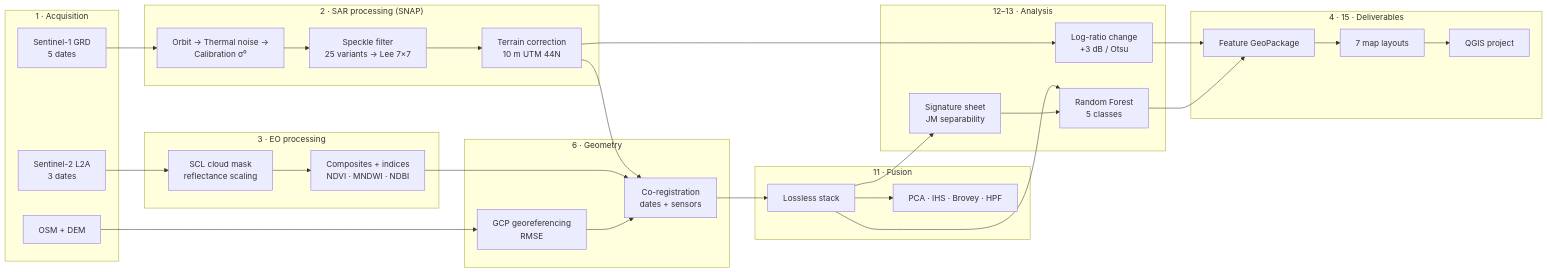
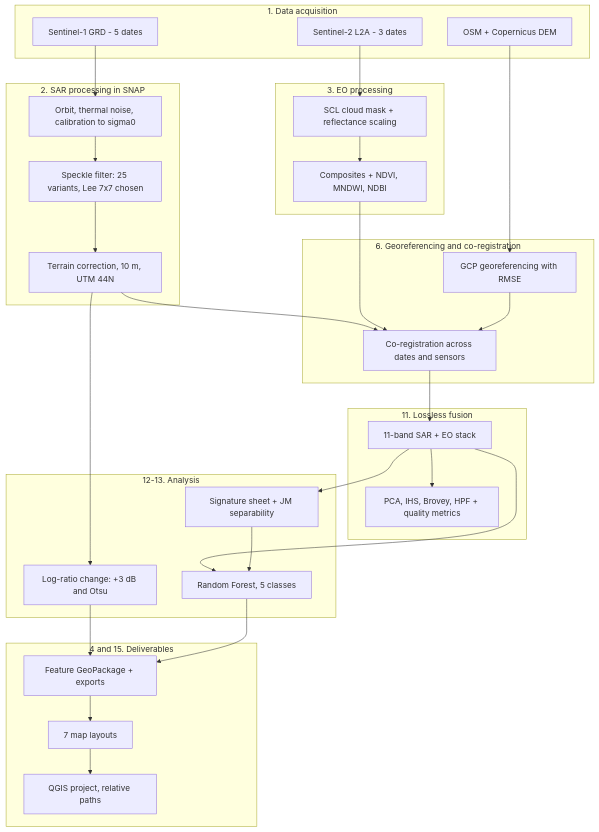
One commit to priyadarshinir2228/SAREO-Kumbh changed the diagram in README.md. Above: the diagram before and after it, drawn with Mermaid. The commit also changed other lines of this file and 1 other file, not shown here.

Commit message:
Fix README workflow diagram: static SVG plus top-down Mermaid version

````diff
--- a/README.md
+++ b/README.md
@@ -107,45 +116,50 @@
 ```mermaid
-flowchart LR
-    subgraph ACQ["1 · Acquisition"]
-        A1[Sentinel-1 GRD<br/>5 dates]
-        A2[Sentinel-2 L2A<br/>3 dates]
-        A3[OSM + DEM]
+flowchart TD
+    subgraph S1["1. Data acquisition"]
+        A1["Sentinel-1 GRD - 5 dates"]
+        A2["Sentinel-2 L2A - 3 dates"]
+        A3["OSM + Copernicus DEM"]
     end
-    subgraph SAR["2 · SAR processing (SNAP)"]
-        B1[Orbit → Thermal noise →<br/>Calibration σ⁰]
-        B2[Speckle filter<br/>25 variants → Lee 7×7]
-        B3[Terrain correction<br/>10 m UTM 44N]
+    subgraph S2["2. SAR processing in SNAP"]
+        B1["Orbit, thermal noise, calibration to sigma0"]
+        B2["Speckle filter: 25 variants, Lee 7x7 chosen"]
+        B3["Terrain correction, 10 m, UTM 44N"]
     end
-    subgraph EO["3 · EO processing"]
-        C1[SCL cloud mask<br/>reflectance scaling]
-        C2[Composites + indices<br/>NDVI · MNDWI · NDBI]
+    subgraph S3["3. EO processing"]
+        C1["SCL cloud mask + reflectance scaling"]
+        C2["Composites + NDVI, MNDWI, NDBI"]
     end
-    subgraph GEO["6 · Geometry"]
-        D1[GCP georeferencing<br/>RMSE]
-        D2[Co-registration<br/>dates + sensors]
+    subgraph S4["6. Georeferencing and co-registration"]
+        D1["GCP georeferencing with RMSE"]
+        D2["Co-registration across dates and sensors"]
     end
-    subgraph FUS["11 · Fusion"]
-        E1[Lossless stack]
-        E2[PCA · IHS · Brovey · HPF]
+    subgraph S5["11. Lossless fusion"]
+        E1["11-band SAR + EO stack"]
+        E2["PCA, IHS, Brovey, HPF + quality metrics"]
     end
-    subgraph ANA["12–13 · Analysis"]
-        F1[Signature sheet<br/>JM separability]
-        F2[Log-ratio change<br/>+3 dB / Otsu]
-        F3[Random Forest<br/>5 classes]
+    subgraph S6["12-13. Analysis"]
+        F1["Signature sheet + JM separability"]
+        F2["Log-ratio change: +3 dB and Otsu"]
+        F3["Random Forest, 5 classes"]
     end
-    subgraph OUT["4 · 15 · Deliverables"]
-        G1[Feature GeoPackage]
-        G2[7 map layouts]
-        G3[QGIS project]
+    subgraph S7["4 and 15. Deliverables"]
+        G1["Feature GeoPackage + exports"]
+        G2["7 map layouts"]
+        G3["QGIS project, relative paths"]
     end
-    A1 --> B1 --> B2 --> B3 --> D2
-    A2 --> C1 --> C2 --> D2
-    A3 --> D1 --> D2
-    D2 --> E1 --> F1
+    A1 --> B1 --> B2 --> B3
+    A2 --> C1 --> C2
+    A3 --> D1
+    B3 --> D2
+    C2 --> D2
+    D1 --> D2
+    D2 --> E1
     E1 --> E2
+    E1 --> F1
     E1 --> F3
     B3 --> F2
     F1 --> F3
     F2 --> G1
-    F3 --> G1 --> G2 --> G3
+    F3 --> G1
+    G1 --> G2 --> G3
 ```
````
